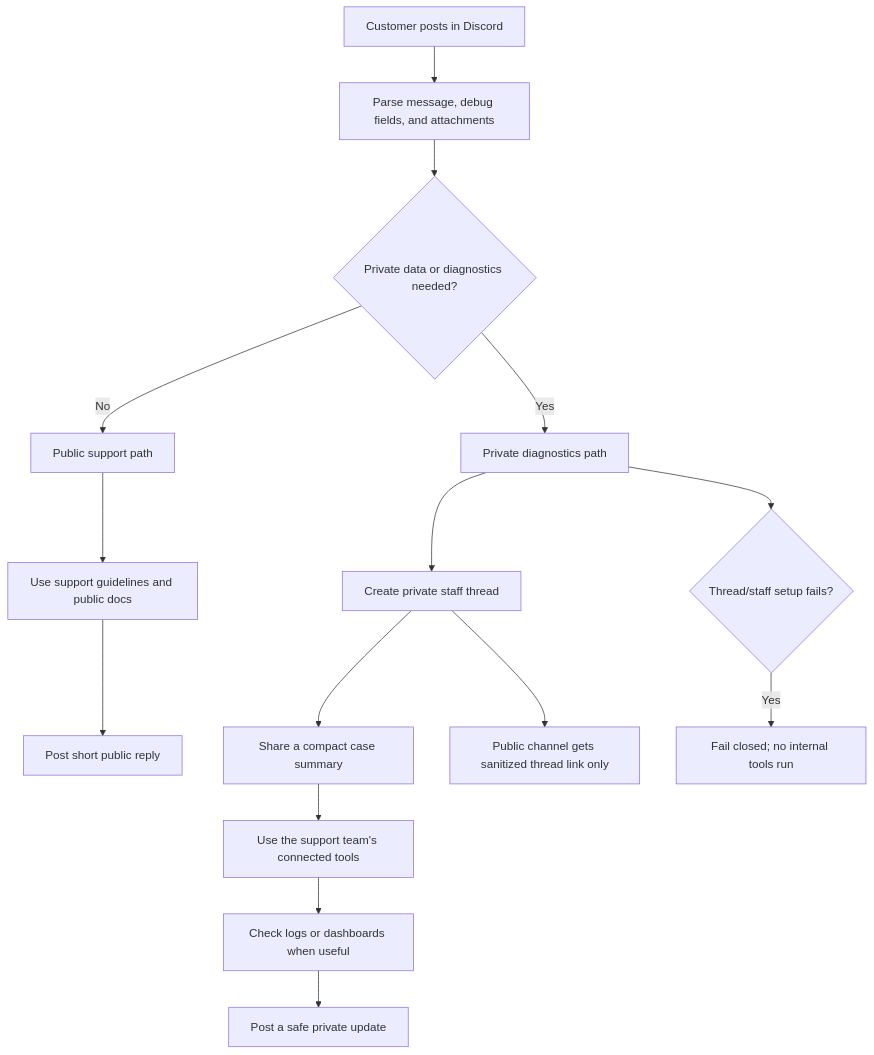
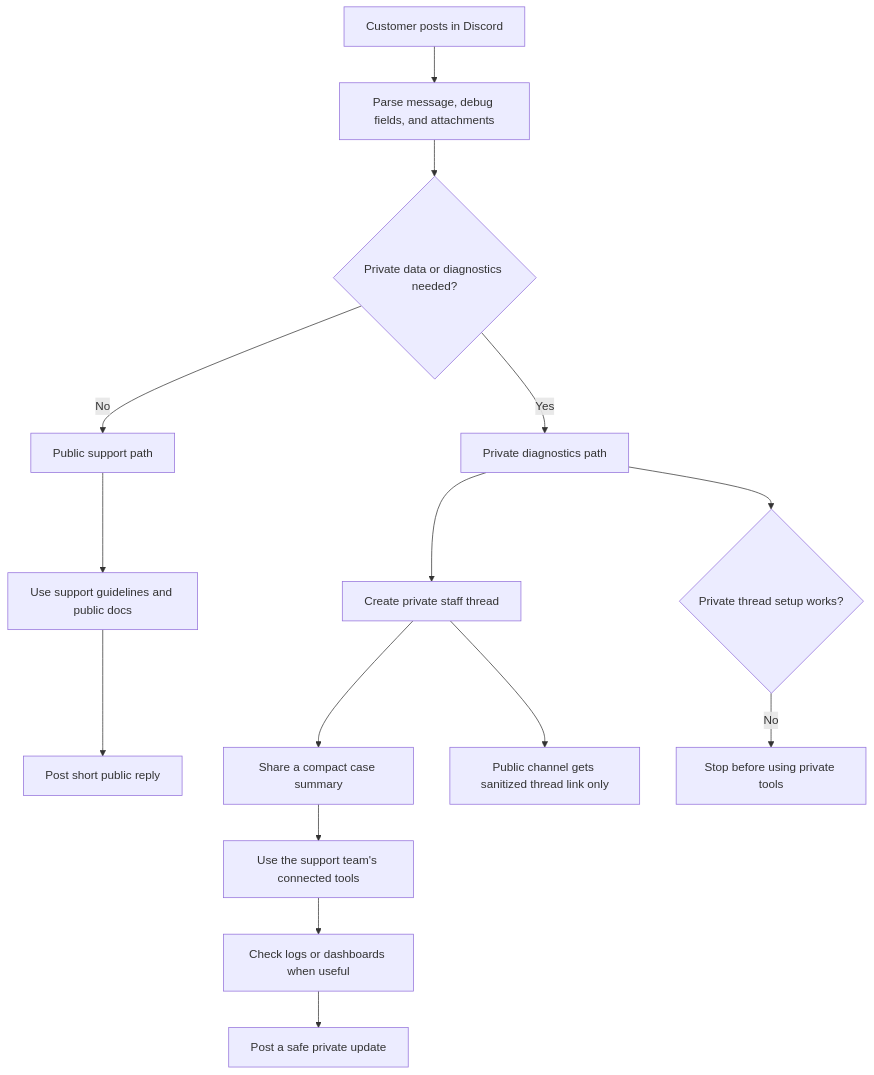
Before and after one commit to Malayvasa/composio-discord-support-bot: the diagram in README.md, drawn with Mermaid.

Commit message:
Simplify private setup wording

````diff
--- a/README.md
+++ b/README.md
@@ -98,20 +98,20 @@
 ```mermaid
 flowchart TD
   A["Customer posts in Discord"] --> B["Parse message, debug fields, and attachments"]
   B --> C{"Private data or diagnostics needed?"}
 
   C -->|No| D["Public support path"]
   D --> E["Use support guidelines and public docs"]
   E --> F["Post short public reply"]
 
   C -->|Yes| G["Private diagnostics path"]
   G --> H["Create private staff thread"]
   H --> I["Share a compact case summary"]
   I --> J["Use the support team's connected tools"]
   J --> K["Check logs or dashboards when useful"]
   K --> L["Post a safe private update"]
 
   H --> M["Public channel gets sanitized thread link only"]
-  G --> N{"Thread/staff setup fails?"}
-  N -->|Yes| O["Fail closed; no internal tools run"]
+  G --> N{"Private thread setup works?"}
+  N -->|No| O["Stop before using private tools"]
 ```
````
